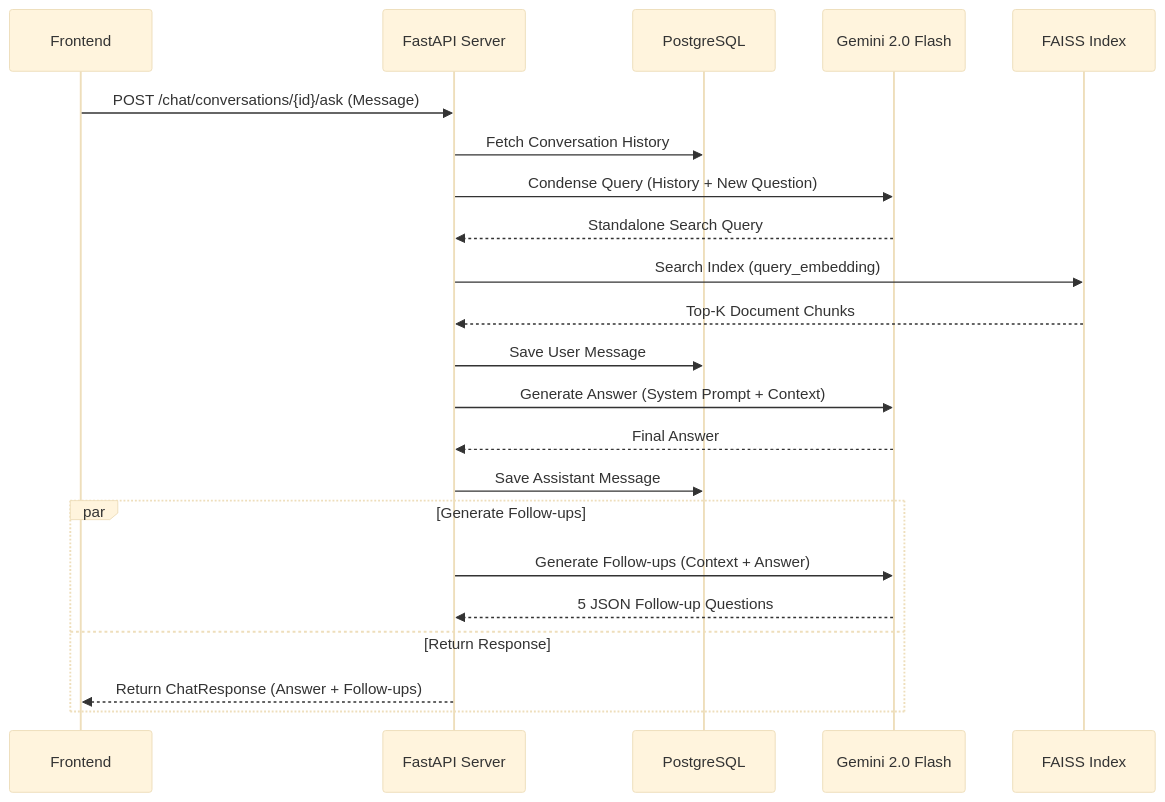
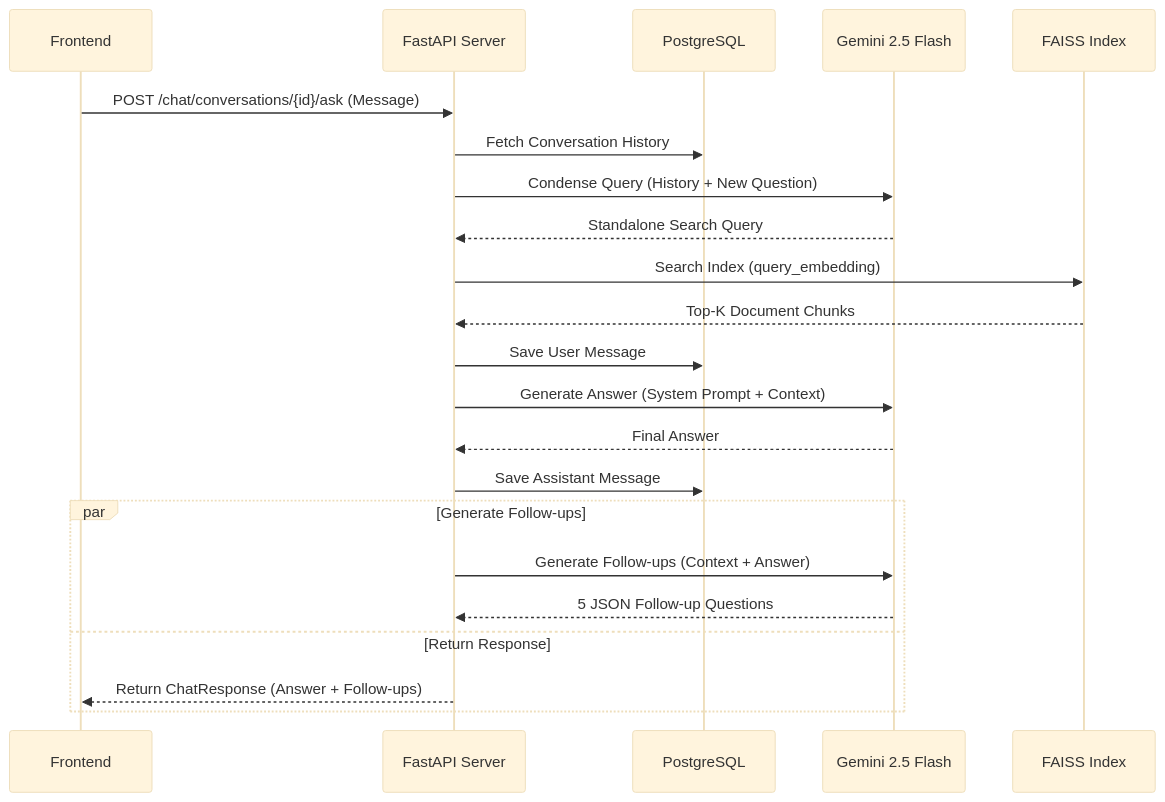
The third of 4 diagrams in ARCHITECTURE.md (thepratyushranjan/askdoc), drawn with Mermaid (base theme) before and after one commit. The commit also changed other lines of this file and 11 other files, not shown here.

````diff
--- a/ARCHITECTURE.md
+++ b/ARCHITECTURE.md
@@ -99,33 +113,33 @@
 ```mermaid
 sequenceDiagram
     participant U as Frontend
     participant A as FastAPI Server
     participant DB as PostgreSQL
-    participant LLM as Gemini 2.0 Flash
+    participant LLM as Gemini 2.5 Flash
     participant V as FAISS Index
 
     U->>A: POST /chat/conversations/{id}/ask (Message)
     A->>DB: Fetch Conversation History
     
     %% Step 1: Condensation
     A->>LLM: Condense Query (History + New Question)
     LLM-->>A: Standalone Search Query
     
     %% Step 2: Retrieval
     A->>V: Search Index (query_embedding)
     V-->>A: Top-K Document Chunks
     
     %% Step 3: Generation & Persistence
     A->>DB: Save User Message
     A->>LLM: Generate Answer (System Prompt + Context)
     LLM-->>A: Final Answer
     A->>DB: Save Assistant Message
     
     %% Step 4: Parallel Follow-ups
     par Generate Follow-ups
         A->>LLM: Generate Follow-ups (Context + Answer)
         LLM-->>A: 5 JSON Follow-up Questions
     and Return Response
         A-->>U: Return ChatResponse (Answer + Follow-ups)
     end
 ```
````
